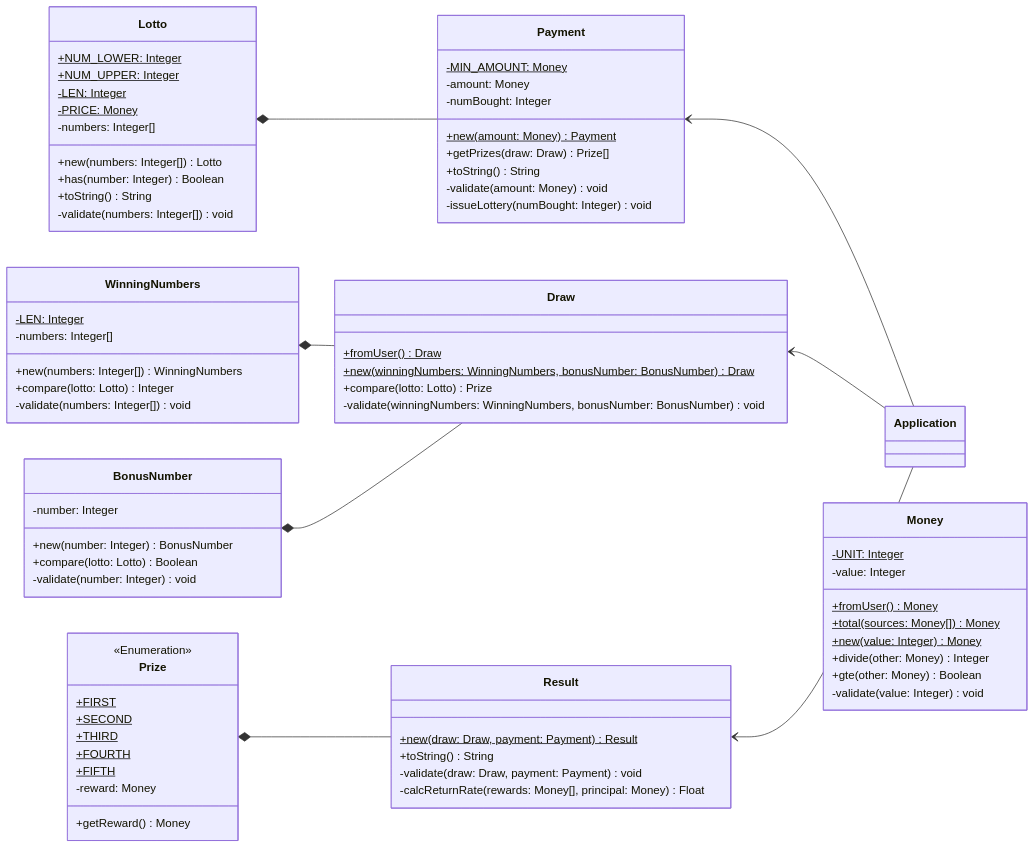
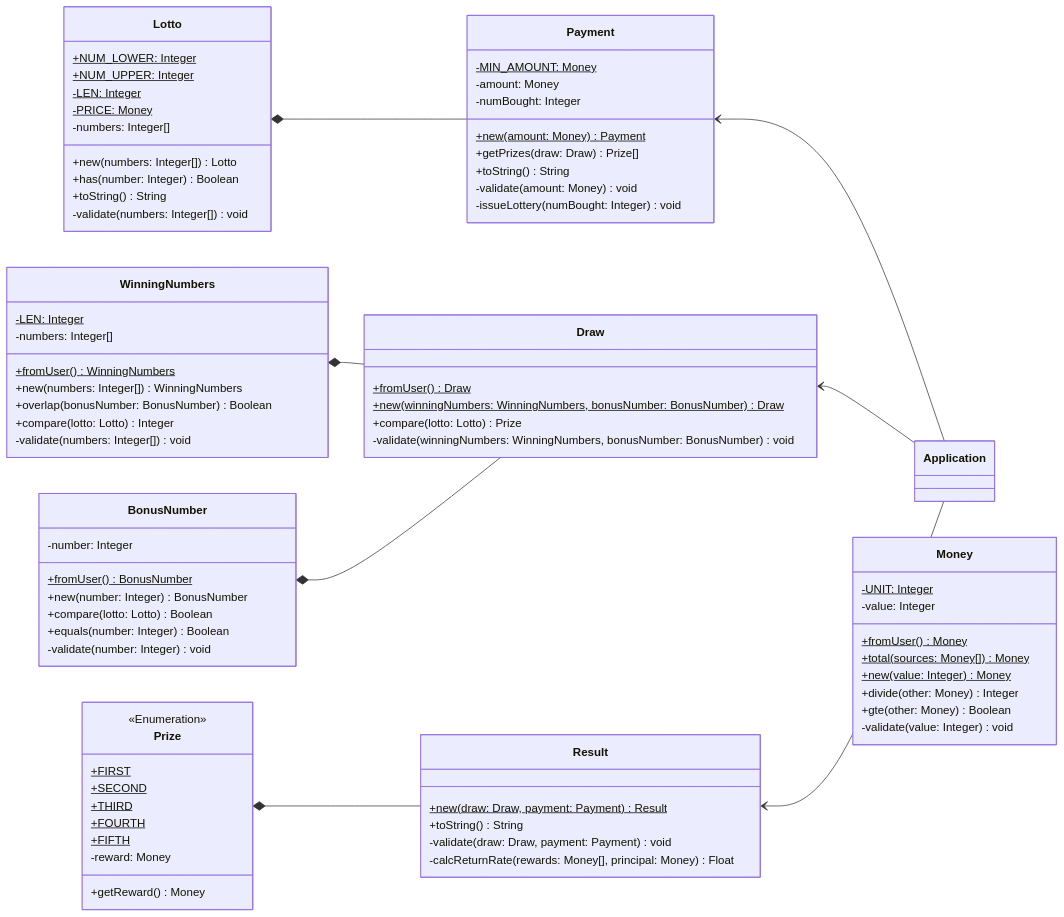
One commit to gdsc-konkuk/23-24_study_2nd_java-lotto-6 changed the sixth of 6 diagrams in docs/README.md. Above: the diagram before and after it, drawn with Mermaid. The commit also changed other lines of this file and 2 other files, not shown here.

Commit message:
feat: WinningNumbers

```diff
--- a/docs/README.md
+++ b/docs/README.md
@@ -358,15 +364,19 @@
     class WinningNumbers {
         -LEN: Integer$
         -numbers: Integer[]
+        +fromUser() WinningNumbers$
         +new(numbers: Integer[]) WinningNumbers
+        +overlap(bonusNumber: BonusNumber) Boolean
         +compare(lotto: Lotto) Integer
         -validate(numbers: Integer[]) void
     }
 
     class BonusNumber {
         -number: Integer
+        +fromUser() BonusNumber$
         +new(number: Integer) BonusNumber
         +compare(lotto: Lotto) Boolean
+        +equals(number: Integer) Boolean
         -validate(number: Integer) void
     }
 
```
